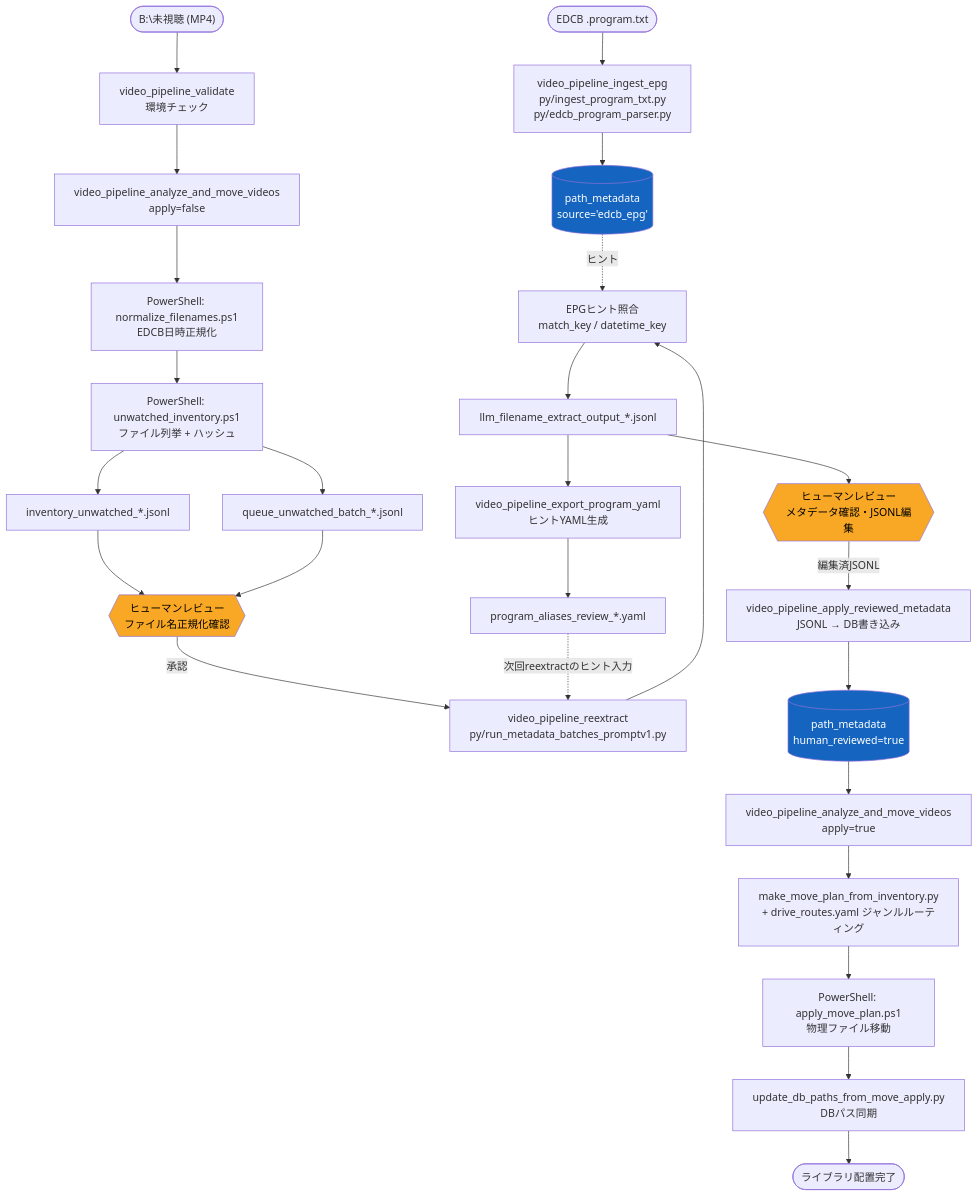
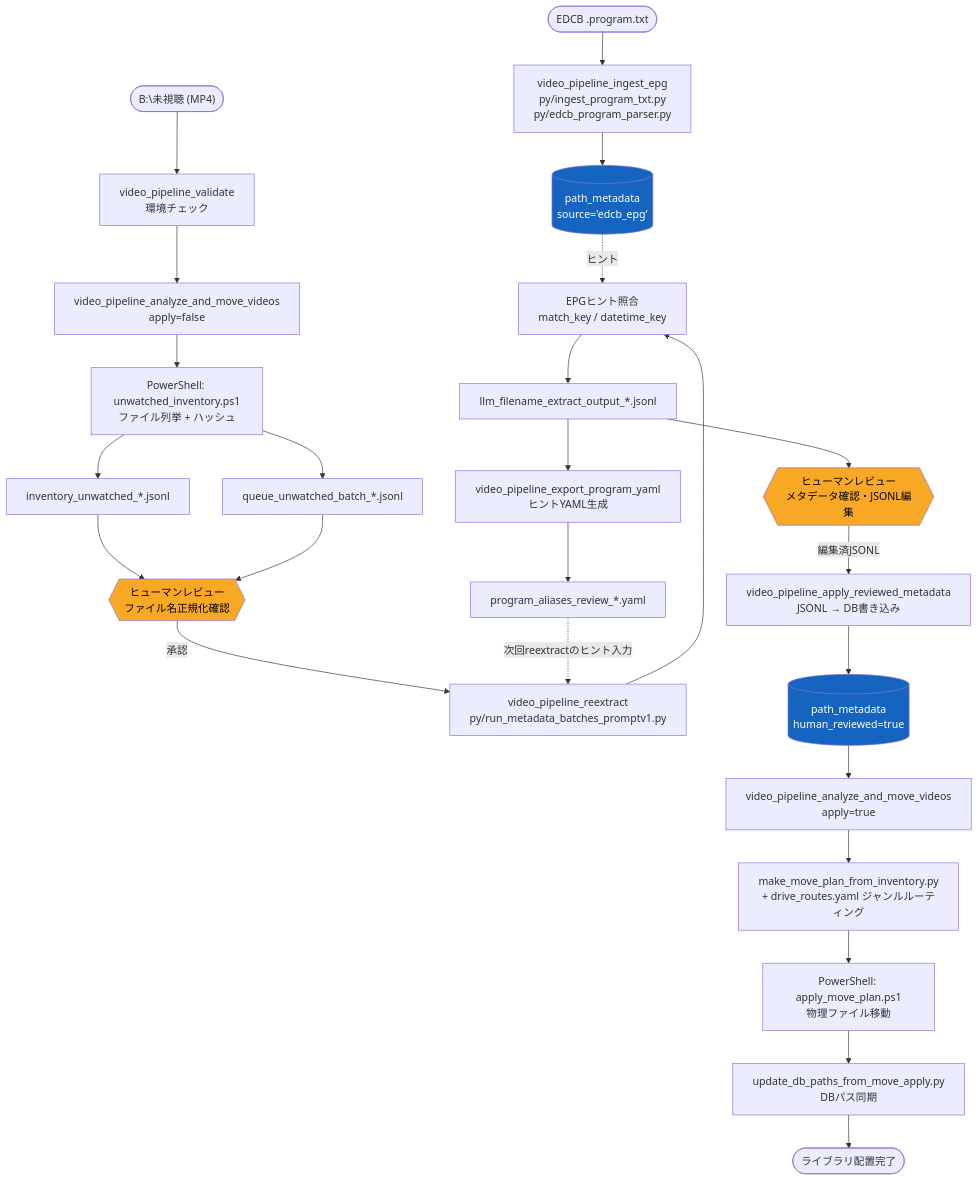
Before and after one commit to NEXTAltair/video-library-pipeline: the third of 8 diagrams in README.md, drawn with Mermaid. The commit also changed other lines of this file and 5 other files, not shown here.

````diff
--- a/README.md
+++ b/README.md
@@ -116,56 +113,55 @@
 ```mermaid
 flowchart TD
     %% ── 前処理: EPG ──
     EPG_START(["EDCB .program.txt"])
     EPG_INGEST["video_pipeline_ingest_epg<br/>py/ingest_program_txt.py<br/>py/edcb_program_parser.py"]
     EPG_DB[("path_metadata<br/>source='edcb_epg'")]
     EPG_START --> EPG_INGEST --> EPG_DB
 
     %% ── Stage 1: Normalize ──
     S1_IN(["B:\未視聴 (MP4)"])
     S1_VALIDATE["video_pipeline_validate<br/>環境チェック"]
     S1_RUN["video_pipeline_analyze_and_move_videos<br/>apply=false"]
-    S1_PS_NORM["PowerShell: normalize_filenames.ps1<br/>EDCB日時正規化"]
     S1_PS_INV["PowerShell: unwatched_inventory.ps1<br/>ファイル列挙 + ハッシュ"]
     S1_OUT_INV["inventory_unwatched_*.jsonl"]
     S1_OUT_Q["queue_unwatched_batch_*.jsonl"]
     S1_GATE{{"ヒューマンレビュー<br/>ファイル名正規化確認"}}
 
     S1_IN --> S1_VALIDATE --> S1_RUN
-    S1_RUN --> S1_PS_NORM --> S1_PS_INV
+    S1_RUN --> S1_PS_INV
     S1_PS_INV --> S1_OUT_INV & S1_OUT_Q
     S1_OUT_INV & S1_OUT_Q --> S1_GATE
 
     %% ── Stage 2: Extract ──
     S2_REEXTRACT["video_pipeline_reextract<br/>py/run_metadata_batches_promptv1.py"]
     S2_EPG_MATCH["EPGヒント照合<br/>match_key / datetime_key"]
     S2_EXTRACT_OUT["llm_filename_extract_output_*.jsonl"]
     S2_EXPORT["video_pipeline_export_program_yaml<br/>ヒントYAML生成"]
     S2_YAML["program_aliases_review_*.yaml"]
     S2_GATE{{"ヒューマンレビュー<br/>メタデータ確認・JSONL編集"}}
     S2_APPLY["video_pipeline_apply_reviewed_metadata<br/>JSONL → DB書き込み"]
     S2_DB[("path_metadata<br/>human_reviewed=true")]
 
     S1_GATE -->|承認| S2_REEXTRACT
     EPG_DB -.->|ヒント| S2_EPG_MATCH
     S2_REEXTRACT --> S2_EPG_MATCH --> S2_EXTRACT_OUT
     S2_EXTRACT_OUT --> S2_EXPORT --> S2_YAML
     S2_YAML -.->|次回reextractのヒント入力| S2_REEXTRACT
     S2_EXTRACT_OUT --> S2_GATE
     S2_GATE -->|編集済JSONL| S2_APPLY --> S2_DB
 
     %% ── Stage 3: Move ──
     S3_RUN["video_pipeline_analyze_and_move_videos<br/>apply=true"]
     S3_PLAN["make_move_plan_from_inventory.py<br/>+ drive_routes.yaml ジャンルルーティング"]
     S3_PS_MOVE["PowerShell: apply_move_plan.ps1<br/>物理ファイル移動"]
     S3_DB_SYNC["update_db_paths_from_move_apply.py<br/>DBパス同期"]
     S3_DONE(["ライブラリ配置完了"])
 
     S2_DB --> S3_RUN --> S3_PLAN --> S3_PS_MOVE --> S3_DB_SYNC --> S3_DONE
 
     %% スタイル
     style S1_GATE fill:#f9a825,color:#000
     style S2_GATE fill:#f9a825,color:#000
     style EPG_DB fill:#1565c0,color:#fff
     style S2_DB fill:#1565c0,color:#fff
 ```
````
